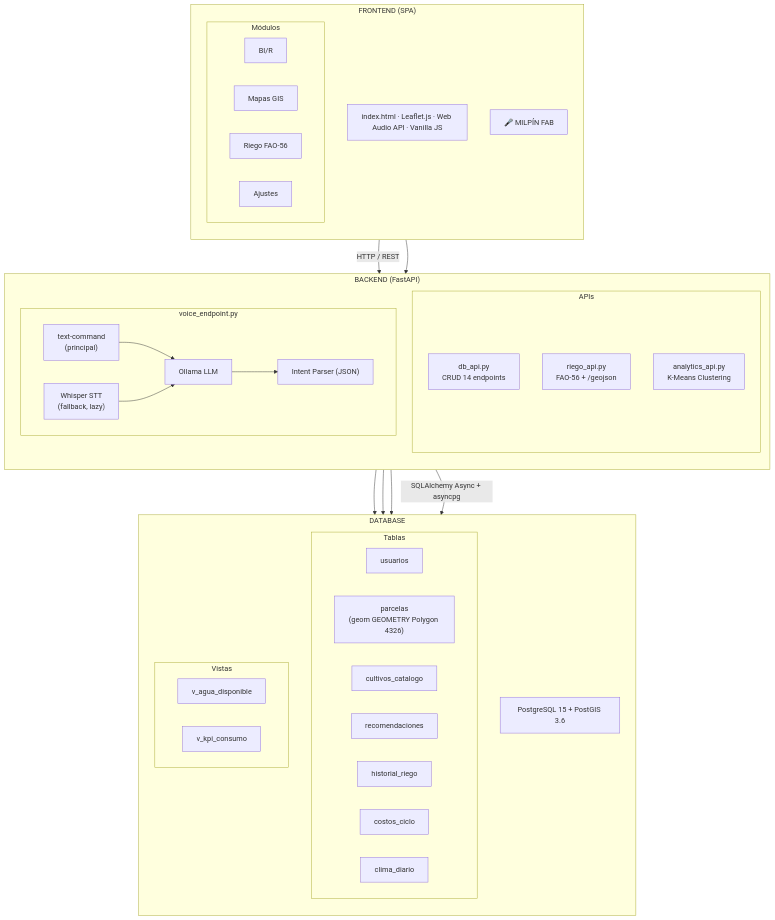
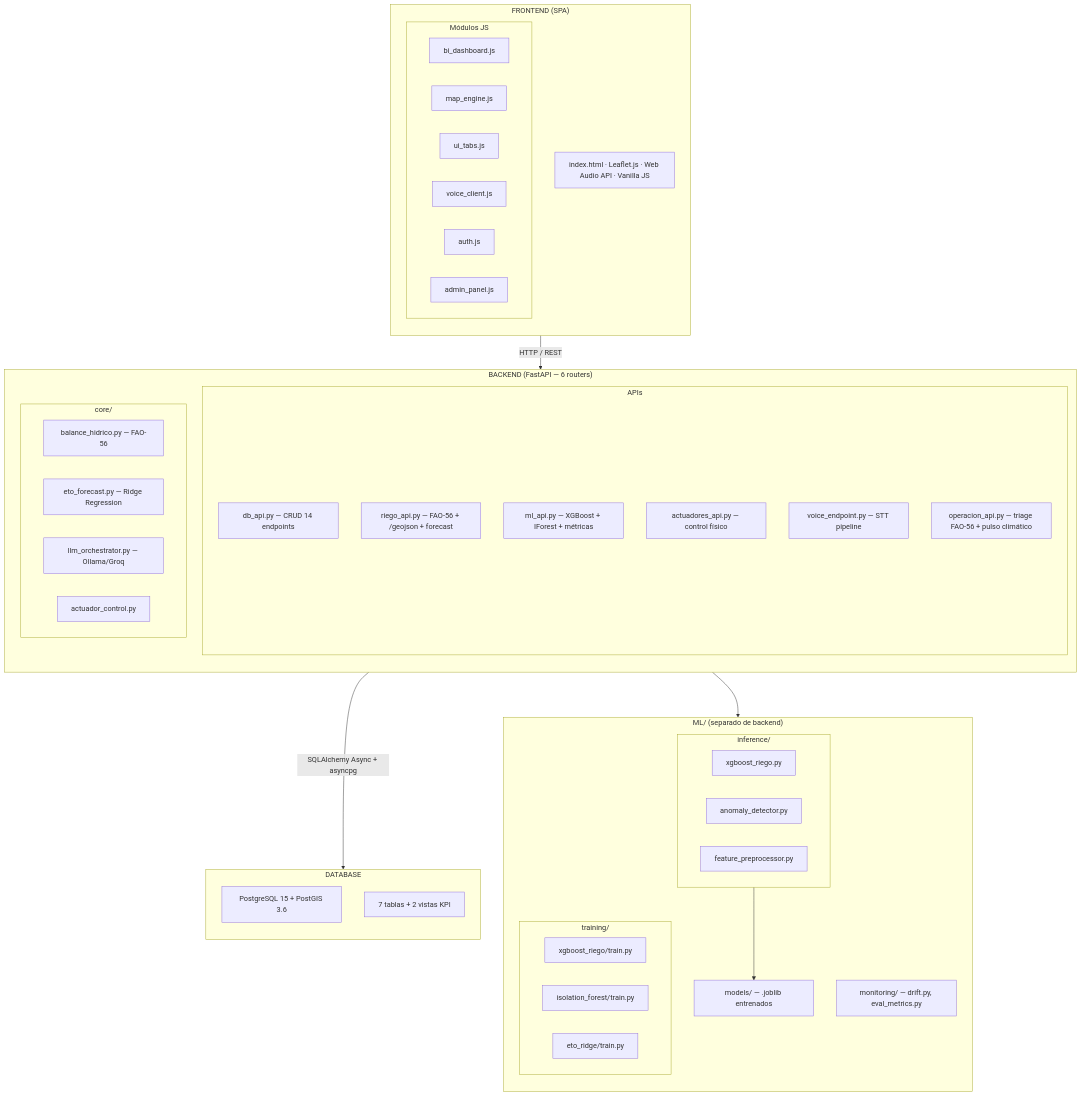
One commit to Zidnz/Milpin-pp26-v.1- changed the first of 2 diagrams in README.md. Above: the diagram before and after it, drawn with Mermaid. The commit also changed other lines of this file, not shown here.

````diff
--- a/README.md
+++ b/README.md
@@ -161,57 +127,60 @@
 ```mermaid
 flowchart TB
     subgraph FRONTEND["FRONTEND (SPA)"]
         direction TB
         FE_TECH["index.html · Leaflet.js · Web Audio API · Vanilla JS"]
-        subgraph FE_MODULES["Módulos"]
-            BI["BI/R"]
-            GIS["Mapas GIS"]
-            RIEGO["Riego FAO-56"]
-            SETT["Ajustes"]
+        subgraph FE_MODULES["Módulos JS"]
+            BI["bi_dashboard.js"]
+            GIS["map_engine.js"]
+            RIEGO["ui_tabs.js"]
+            VOICE["voice_client.js"]
+            AUTH["auth.js"]
+            ADMIN["admin_panel.js"]
         end
-        VOICE_UI["🎤 MILPÍN FAB"]
     end
 
-    subgraph BACKEND["BACKEND (FastAPI)"]
+    subgraph BACKEND["BACKEND (FastAPI — 6 routers)"]
         direction TB
         subgraph APIS["APIs"]
-            DB_API["db_api.py\nCRUD 14 endpoints"]
-            RIEGO_API["riego_api.py\nFAO-56 + /geojson"]
-            ANALYTICS_API["analytics_api.py\nK-Means Clustering"]
+            DB_API["db_api.py — CRUD 14 endpoints"]
+            RIEGO_API["riego_api.py — FAO-56 + /geojson + forecast"]
+            ML_API["ml_api.py — XGBoost + IForest + métricas"]
+            ACT_API["actuadores_api.py — control físico"]
+            VOICE_EP["voice_endpoint.py — STT pipeline"]
+            OPER_API["operacion_api.py — triage FAO-56 + pulso climático"]
         end
-        subgraph VOICE_PIPELINE["voice_endpoint.py"]
-            TEXT_CMD["text-command\n(principal)"]
-            WHISPER["Whisper STT\n(fallback, lazy)"]
-            OLLAMA["Ollama LLM"]
-            PARSER["Intent Parser (JSON)"]
-            TEXT_CMD --> OLLAMA
-            WHISPER --> OLLAMA
-            OLLAMA --> PARSER
+        subgraph CORE["core/"]
+            BH["balance_hidrico.py — FAO-56"]
+            ETO["eto_forecast.py — Ridge Regression"]
+            LLM["llm_orchestrator.py — Ollama/Groq"]
+            ACT["actuador_control.py"]
         end
+    end
+
+    subgraph ML_MODULE["ML/ (separado de backend)"]
+        direction TB
+        subgraph INFERENCE["inference/"]
+            XGB["xgboost_riego.py"]
+            IFOR["anomaly_detector.py"]
+            FEAT["feature_preprocessor.py"]
+        end
+        subgraph TRAINING["training/"]
+            TXGB["xgboost_riego/train.py"]
+            TIFOR["isolation_forest/train.py"]
+            TETO["eto_ridge/train.py"]
+        end
+        MODELS["models/ — .joblib entrenados"]
+        MONITOR["monitoring/ — drift.py, eval_metrics.py"]
     end
 
     subgraph DB["DATABASE"]
         direction TB
         DB_ENGINE["PostgreSQL 15 + PostGIS 3.6"]
-        subgraph TABLES["Tablas"]
-            USERS["usuarios"]
-            PARCELAS["parcelas\n(geom GEOMETRY Polygon 4326)"]
-            CULTIVOS["cultivos_catalogo"]
-            RECOM["recomendaciones"]
-            HIST["historial_riego"]
-            COSTOS["costos_ciclo"]
-            CLIMA["clima_diario"]
-        end
-        subgraph VIEWS["Vistas"]
-            V_AGUA["v_agua_disponible"]
-            V_KPI["v_kpi_consumo"]
-        end
+        TABLES["7 tablas + 2 vistas KPI"]
     end
 
     FRONTEND -->|"HTTP / REST"| BACKEND
     BACKEND -->|"SQLAlchemy Async + asyncpg"| DB
-    VOICE_UI --> BACKEND
-    DB_API --> DB_ENGINE
-    RIEGO_API --> DB_ENGINE
-    ANALYTICS_API --> DB_ENGINE
+    ML_API --> INFERENCE
+    INFERENCE --> MODELS
 ```
````
